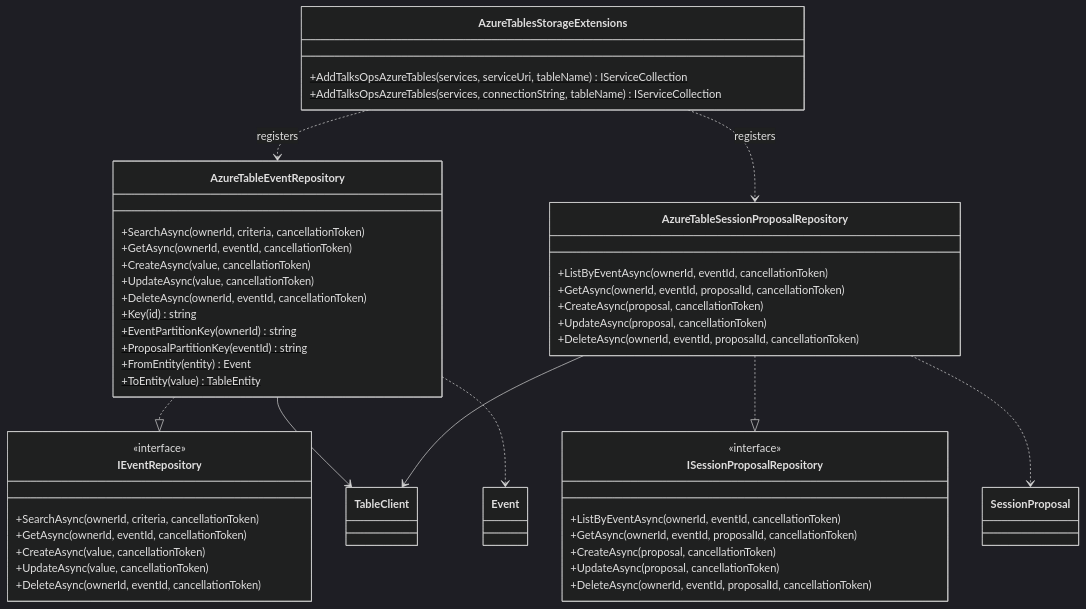
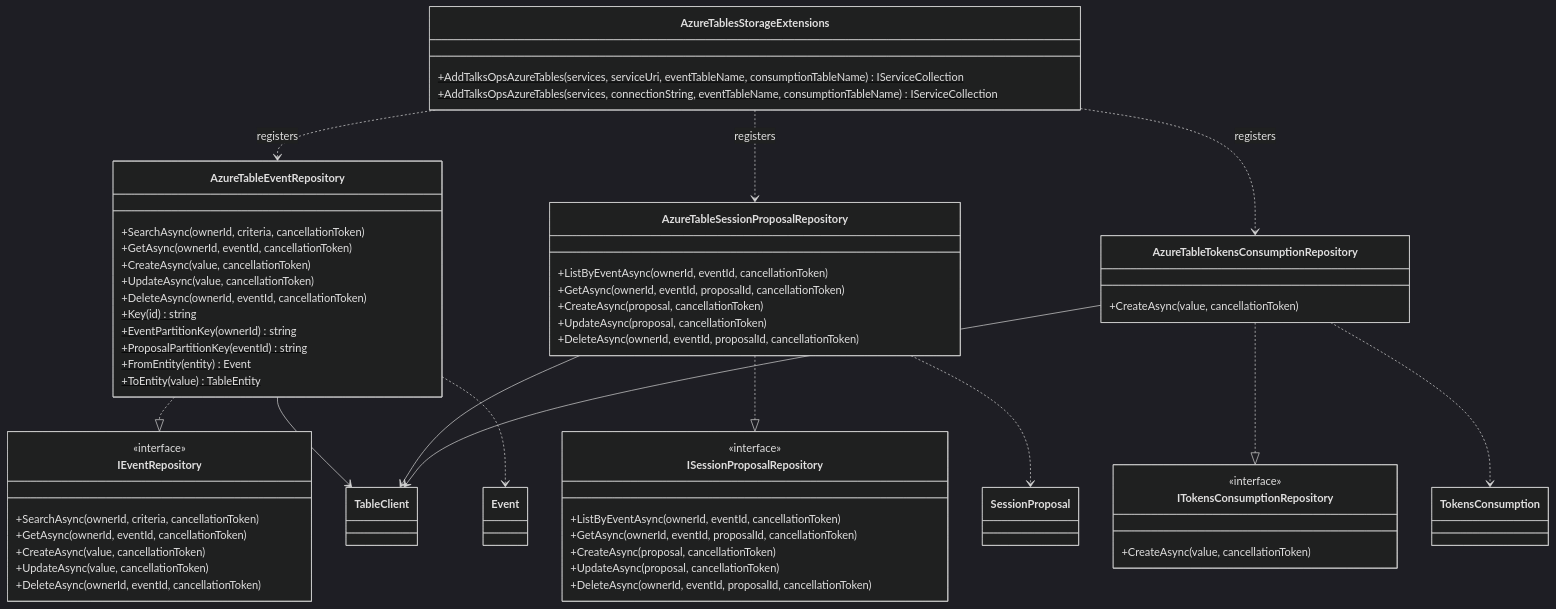
Before and after one commit to massimobonanni/TalksOps: the diagram in src/TalksOps.Storage/README.md, drawn with Mermaid (dark theme). The commit also changed other lines of this file and 6 other files, not shown here.

Commit message:
feat: update documentation and tests for TokensConsumption management, including table structure and integration tests

````diff
--- a/src/TalksOps.Storage/README.md
+++ b/src/TalksOps.Storage/README.md
@@ -7,52 +7,63 @@
 ```mermaid
 classDiagram
     class IEventRepository {
         <<interface>>
         +SearchAsync(ownerId, criteria, cancellationToken)
         +GetAsync(ownerId, eventId, cancellationToken)
         +CreateAsync(value, cancellationToken)
         +UpdateAsync(value, cancellationToken)
         +DeleteAsync(ownerId, eventId, cancellationToken)
     }
     class ISessionProposalRepository {
         <<interface>>
         +ListByEventAsync(ownerId, eventId, cancellationToken)
         +GetAsync(ownerId, eventId, proposalId, cancellationToken)
         +CreateAsync(proposal, cancellationToken)
         +UpdateAsync(proposal, cancellationToken)
         +DeleteAsync(ownerId, eventId, proposalId, cancellationToken)
+    }
+    class ITokensConsumptionRepository {
+        <<interface>>
+        +CreateAsync(value, cancellationToken)
     }
     class AzureTableEventRepository {
         +SearchAsync(ownerId, criteria, cancellationToken)
         +GetAsync(ownerId, eventId, cancellationToken)
         +CreateAsync(value, cancellationToken)
         +UpdateAsync(value, cancellationToken)
         +DeleteAsync(ownerId, eventId, cancellationToken)
         +Key(id)$ string
         +EventPartitionKey(ownerId)$ string
         +ProposalPartitionKey(eventId)$ string
         +FromEntity(entity)$ Event
         +ToEntity(value)$ TableEntity
     }
     class AzureTableSessionProposalRepository {
         +ListByEventAsync(ownerId, eventId, cancellationToken)
         +GetAsync(ownerId, eventId, proposalId, cancellationToken)
         +CreateAsync(proposal, cancellationToken)
         +UpdateAsync(proposal, cancellationToken)
         +DeleteAsync(ownerId, eventId, proposalId, cancellationToken)
     }
+    class AzureTableTokensConsumptionRepository {
+        +CreateAsync(value, cancellationToken)
+    }
     class AzureTablesStorageExtensions {
-        +AddTalksOpsAzureTables(services, serviceUri, tableName)$ IServiceCollection
-        +AddTalksOpsAzureTables(services, connectionString, tableName)$ IServiceCollection
+        +AddTalksOpsAzureTables(services, serviceUri, eventTableName, consumptionTableName)$ IServiceCollection
+        +AddTalksOpsAzureTables(services, connectionString, eventTableName, consumptionTableName)$ IServiceCollection
     }
     class TableClient
 
     AzureTableEventRepository ..|> IEventRepository
     AzureTableSessionProposalRepository ..|> ISessionProposalRepository
+    AzureTableTokensConsumptionRepository ..|> ITokensConsumptionRepository
     AzureTableEventRepository --> TableClient
     AzureTableSessionProposalRepository --> TableClient
+    AzureTableTokensConsumptionRepository --> TableClient
     AzureTablesStorageExtensions ..> AzureTableEventRepository : registers
     AzureTablesStorageExtensions ..> AzureTableSessionProposalRepository : registers
+    AzureTablesStorageExtensions ..> AzureTableTokensConsumptionRepository : registers
     AzureTableEventRepository ..> Event
     AzureTableSessionProposalRepository ..> SessionProposal
+    AzureTableTokensConsumptionRepository ..> TokensConsumption
 ```
````
